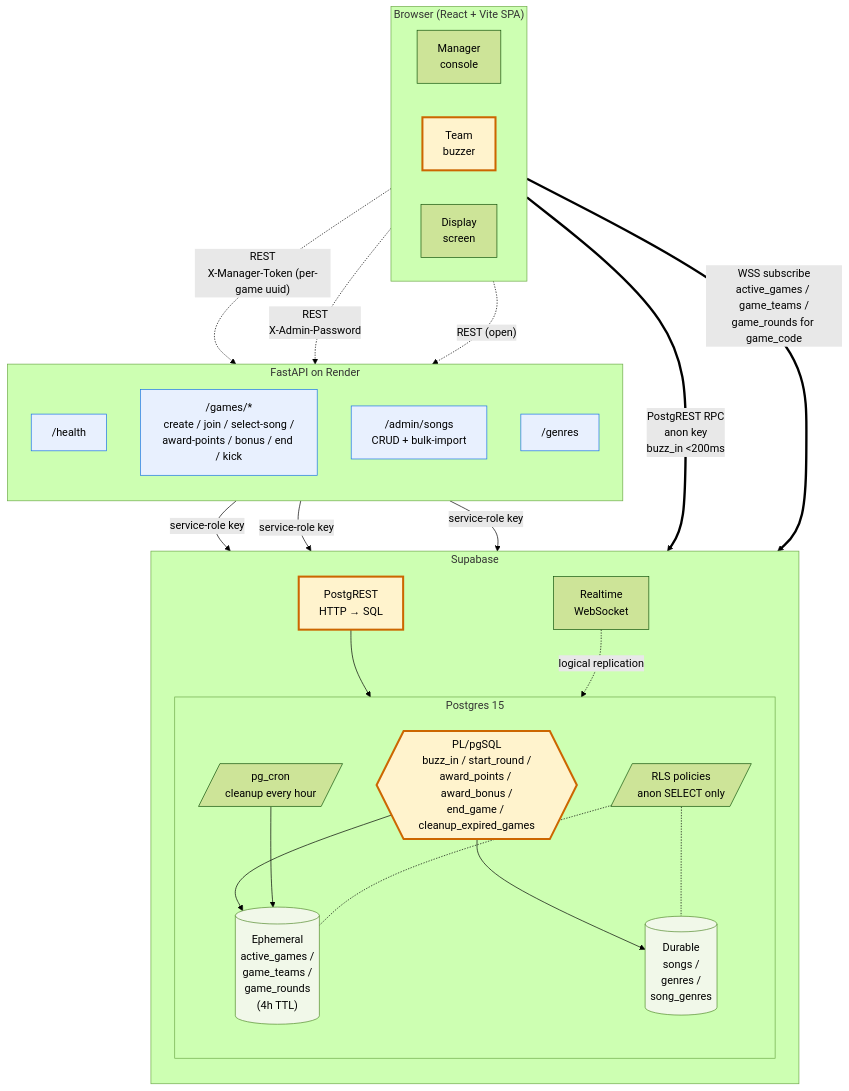
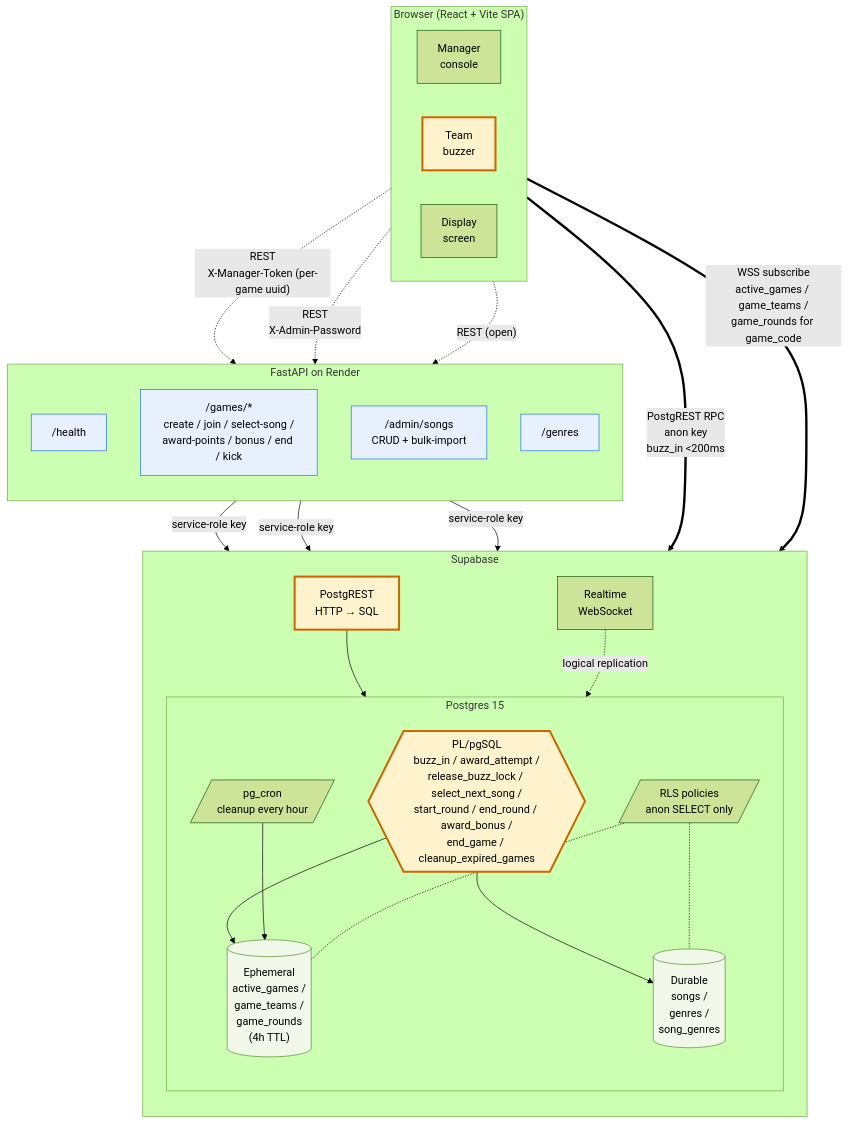
Before and after one commit to BenArtzi4/Sound-Clash: the first of 2 diagrams in docs/diagrams/internal.md, drawn with Mermaid (forest theme). The commit also changed 16 other files, not shown here.

````diff
--- a/docs/diagrams/internal.md
+++ b/docs/diagrams/internal.md
@@ -9,55 +9,55 @@
 ```mermaid
 flowchart TB
     subgraph BROWSER["Browser (React + Vite SPA)"]
         direction LR
         Mgr["Manager<br/>console"]
         Tm["Team<br/>buzzer"]
         Disp["Display<br/>screen"]
     end
 
     subgraph RENDER["FastAPI on Render"]
         direction TB
         Health["/health"]
         Games["/games/*<br/>create / join / select-song /<br/>award-points / bonus / end / kick"]
         Admin["/admin/songs<br/>CRUD + bulk-import"]
         Genres["/genres"]
     end
 
     subgraph SUPA["Supabase"]
         direction TB
         PostgREST["PostgREST<br/>HTTP → SQL"]
         Realtime["Realtime<br/>WebSocket"]
         subgraph PG["Postgres 15"]
             direction TB
             Tephem[("Ephemeral<br/>active_games /<br/>game_teams /<br/>game_rounds<br/>(4h TTL)")]
             Tdurable[("Durable<br/>songs /<br/>genres /<br/>song_genres")]
-            RPC{{"PL/pgSQL<br/>buzz_in / start_round /<br/>award_points / award_bonus /<br/>end_game / cleanup_expired_games"}}
+            RPC{{"PL/pgSQL<br/>buzz_in / award_attempt /<br/>release_buzz_lock / select_next_song /<br/>start_round / end_round / award_bonus /<br/>end_game / cleanup_expired_games"}}
             Cron[/"pg_cron<br/>cleanup every hour"/]
             RLS[/"RLS policies<br/>anon SELECT only"/]
         end
     end
 
     Mgr -.->|"REST<br/>X-Manager-Token (per-game uuid)"| Games
     Mgr -.->|"REST<br/>X-Admin-Password"| Admin
     BROWSER -.->|"REST (open)"| Genres
     Tm ==>|"PostgREST RPC<br/>anon key<br/>buzz_in &lt;200ms"| PostgREST
     BROWSER ==>|"WSS subscribe<br/>active_games / game_teams /<br/>game_rounds for game_code"| Realtime
 
     Games -->|"service-role key"| Tephem
     Admin -->|"service-role key"| Tdurable
     Genres -->|"service-role key"| Tdurable
     PostgREST --> RPC
     RPC --> Tephem
     RPC --> Tdurable
     Cron --> Tephem
     Realtime -.->|"logical replication"| Tephem
     RLS -.- Tephem
     RLS -.- Tdurable
 
     classDef hot fill:#fff3cd,stroke:#cc6600,stroke-width:3px,color:#000
     classDef cold fill:#e8f0fe,stroke:#1a73e8,color:#000
     classDef store fill:#f1f8e9,stroke:#558b2f,color:#000
     class Tm,PostgREST,RPC hot
     class Games,Admin,Genres,Health cold
     class Tephem,Tdurable store
 ```
````
